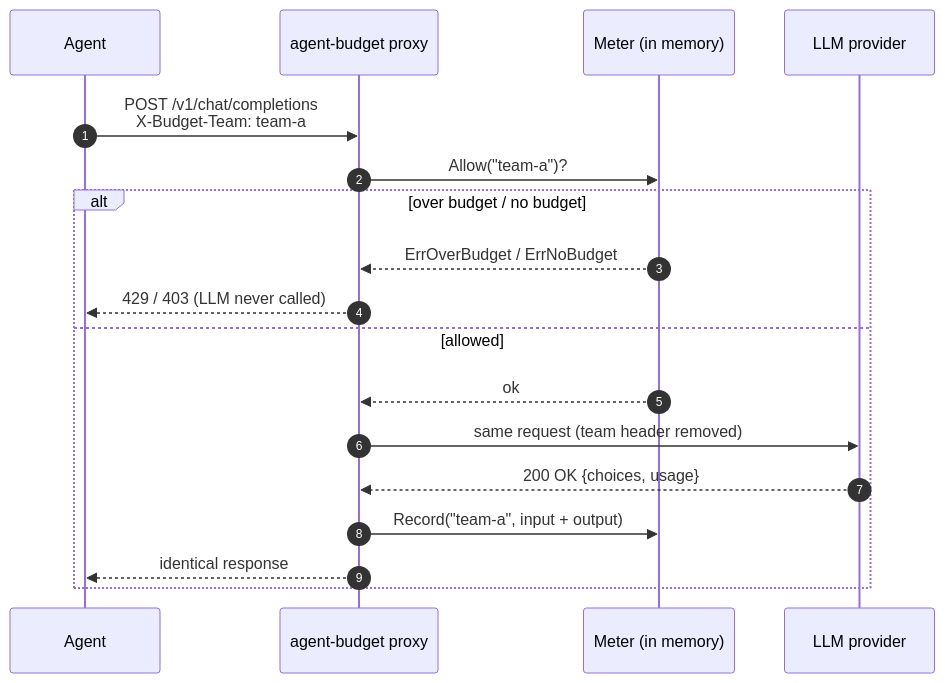
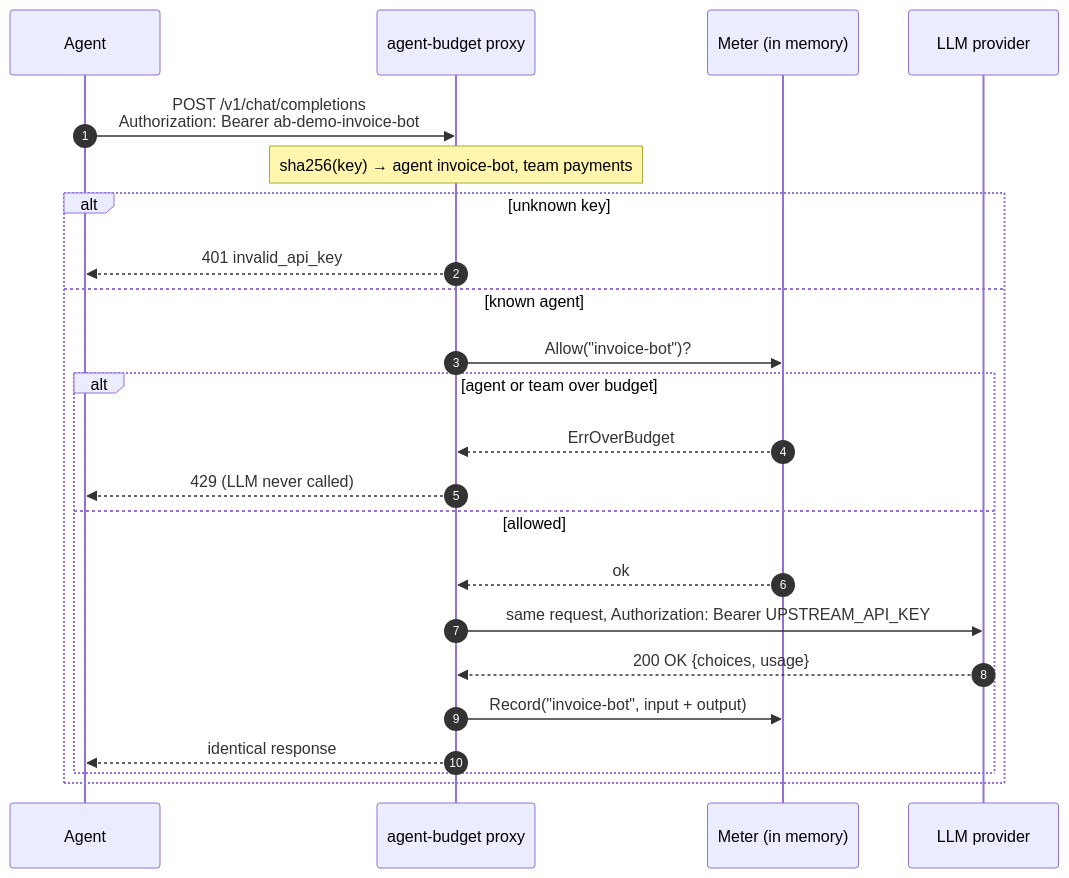
Before and after one commit to chikolavosaki-sys/agent-budget: the second of 2 diagrams in README.md, drawn with Mermaid. The commit also changed other lines of this file and 6 other files, not shown here.

Commit message:
docs: document virtual keys and agent budgets; record D-007, add IDEA-3 and IDEA-4

````diff
--- a/README.md
+++ b/README.md
@@ -114,20 +128,25 @@
 ```mermaid
 sequenceDiagram
     autonumber
     participant Agent
     participant Proxy as agent-budget proxy
     participant Meter as Meter (in memory)
     participant LLM as LLM provider
-    Agent->>Proxy: POST /v1/chat/completions<br/>X-Budget-Team: team-a
-    Proxy->>Meter: Allow("team-a")?
-    alt over budget / no budget
-        Meter-->>Proxy: ErrOverBudget / ErrNoBudget
-        Proxy-->>Agent: 429 / 403 (LLM never called)
-    else allowed
-        Meter-->>Proxy: ok
-        Proxy->>LLM: same request (team header removed)
-        LLM-->>Proxy: 200 OK {choices, usage}
-        Proxy->>Meter: Record("team-a", input + output)
-        Proxy-->>Agent: identical response
+    Agent->>Proxy: POST /v1/chat/completions<br/>Authorization: Bearer ab-demo-invoice-bot
+    Note over Proxy: sha256(key) → agent invoice-bot, team payments
+    alt unknown key
+        Proxy-->>Agent: 401 invalid_api_key
+    else known agent
+        Proxy->>Meter: Allow("invoice-bot")?
+        alt agent or team over budget
+            Meter-->>Proxy: ErrOverBudget
+            Proxy-->>Agent: 429 (LLM never called)
+        else allowed
+            Meter-->>Proxy: ok
+            Proxy->>LLM: same request, Authorization: Bearer UPSTREAM_API_KEY
+            LLM-->>Proxy: 200 OK {choices, usage}
+            Proxy->>Meter: Record("invoice-bot", input + output)
+            Proxy-->>Agent: identical response
+        end
     end
 ```
````
